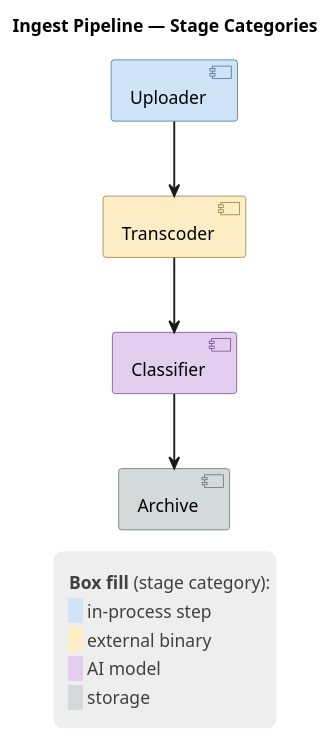
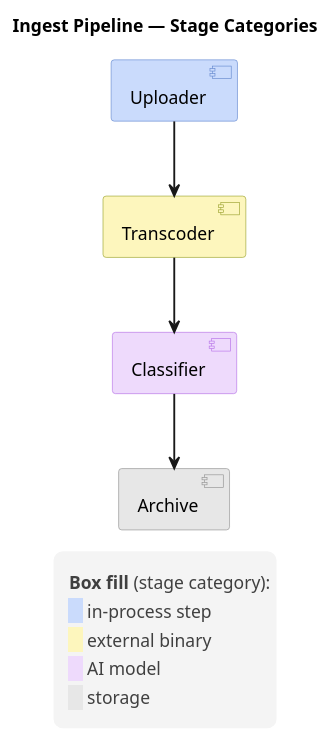
Before and after one commit to artem-from-ua/claude-plugins: the third of 3 diagrams in plugins/plantuml/skills/plantuml-diagram-guide/references/styling.md, drawn with PlantUML. The commit also changed other lines of this file and 5 other files, not shown here.

````diff
--- a/plugins/plantuml/skills/plantuml-diagram-guide/references/styling.md
+++ b/plugins/plantuml/skills/plantuml-diagram-guide/references/styling.md
@@ -119,28 +164,28 @@
 ```plantuml
 @startuml
 title Ingest Pipeline — Stage Categories
 skinparam ArrowThickness 1.5
-skinparam legendBackgroundColor #EEEEEE
+skinparam legendBackgroundColor #F4F4F4
 skinparam legendBorderColor transparent
 skinparam LegendFontColor #404040
 
-[Uploader] as up #CFE4F6;line:25557E
-[Transcoder] as tr #FDEDC4;line:7E6525
-[Classifier] as cl #E3CEF0;line:5C257E
-[Archive] as ar #D4D9D9;line:4D5656
+[Uploader] as up #CADBFC;line:6287CD
+[Transcoder] as tr #FDF6BD;line:99A02C
+[Classifier] as cl #EEDAFC;line:B56FE7
+[Archive] as ar #E7E7E7;line:909090
 
 up --> tr
 tr --> cl
 cl --> ar
 
 legend right
   <size:6> </size>
     **Box fill** (stage category):
-    <back:#CFE4F6>   </back> in-process step<size:17> </size>
-    <back:#FDEDC4>   </back> external binary<size:17> </size>
-    <back:#E3CEF0>   </back> AI model<size:17> </size>
-    <back:#D4D9D9>   </back> storage<size:17> </size>
+    <back:#CADBFC>   </back> in-process step<size:17> </size>
+    <back:#FDF6BD>   </back> external binary<size:17> </size>
+    <back:#EEDAFC>   </back> AI model<size:17> </size>
+    <back:#E7E7E7>   </back> storage<size:17> </size>
   <size:6> </size>
 end legend
 @enduml
 ```
````
